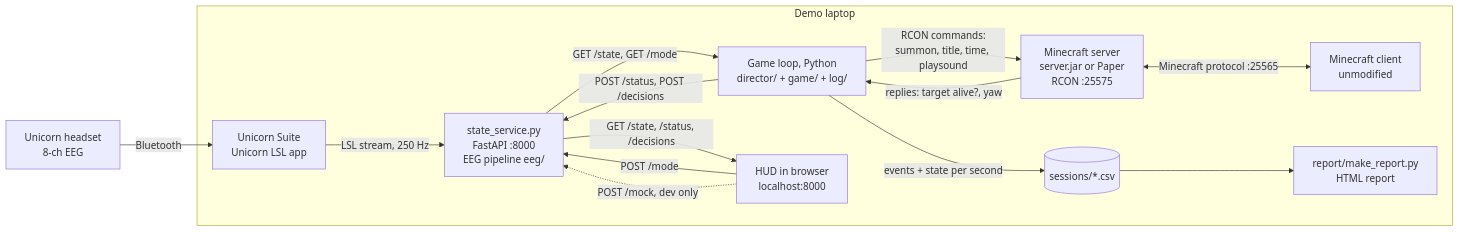
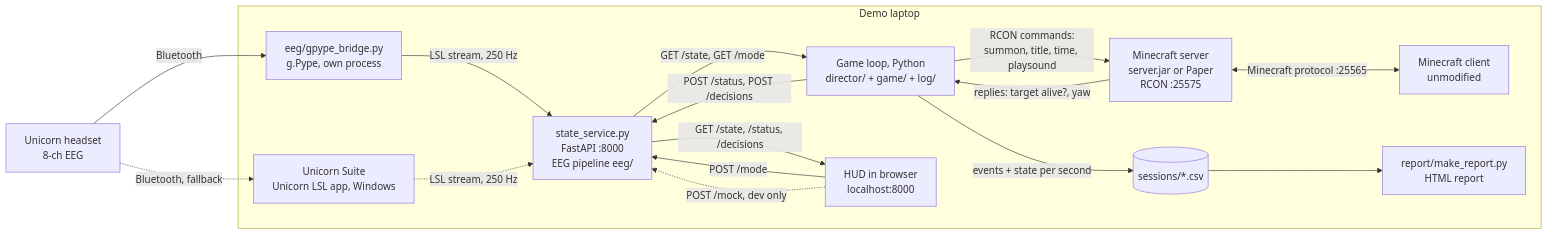
One commit to danyathecoder/BrainCraft changed the first of 2 diagrams in docs/architecture.md. Above: the diagram before and after it, drawn with Mermaid. The commit also changed other lines of this file and 2 other files, not shown here.

First line of the commit message:
Document g.Pype bridge setup and architecture

````diff
--- a/docs/architecture.md
+++ b/docs/architecture.md
@@ -9,27 +9,30 @@
 ```mermaid
 flowchart LR
   H["Unicorn headset<br/>8-ch EEG"] -->|"Bluetooth"| US
+  H -.->|"Bluetooth, fallback"| UL
 
   subgraph Laptop["Demo laptop"]
-    US["Unicorn Suite<br/>Unicorn LSL app"]
+    US["eeg/gpype_bridge.py<br/>g.Pype, own process"]
+    UL["Unicorn Suite<br/>Unicorn LSL app, Windows"]
     SS["state_service.py<br/>FastAPI :8000<br/>EEG pipeline eeg/"]
     GL["Game loop, Python<br/>director/ + game/ + log/"]
     MS["Minecraft server<br/>server.jar or Paper<br/>RCON :25575"]
     MC["Minecraft client<br/>unmodified"]
     HUD["HUD in browser<br/>localhost:8000"]
     CSV[("sessions/*.csv")]
     REP["report/make_report.py<br/>HTML report"]
   end
 
   US -->|"LSL stream, 250 Hz"| SS
+  UL -.->|"LSL stream, 250 Hz"| SS
   SS -->|"GET /state, GET /mode"| GL
   GL -->|"POST /status, POST /decisions"| SS
   GL -->|"RCON commands:<br/>summon, title, time, playsound"| MS
   MS -->|"replies: target alive?, yaw"| GL
   MS <-->|"Minecraft protocol :25565"| MC
   SS -->|"GET /state, /status, /decisions"| HUD
   HUD -->|"POST /mode"| SS
   HUD -.->|"POST /mock, dev only"| SS
   GL -->|"events + state per second"| CSV
   CSV --> REP
 ```
````
